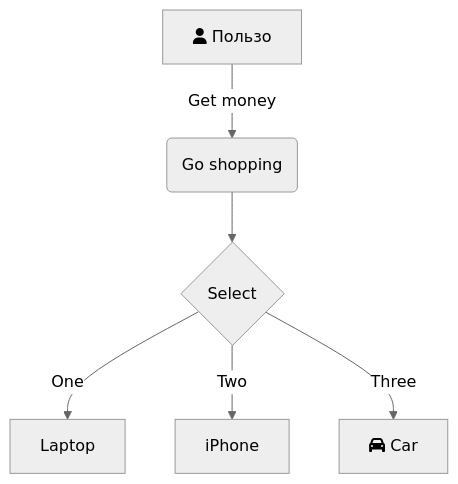
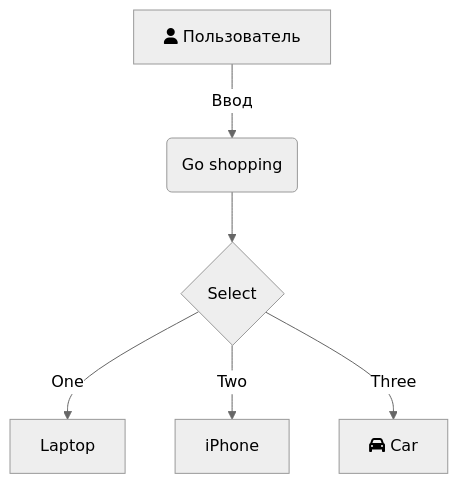
One commit to obsmotpk/iodraw-files changed the diagram in all/не называться.md. Above: the diagram before and after it, drawn with Mermaid (neutral theme).

Commit message:
2024-12-10 19:16:32 update

````diff
--- a/all/не называться.md
+++ b/all/не называться.md
@@ -1,8 +1,8 @@
 ```mermaid
 graph TD
-    A[fa:fa-user Пользо] -->|Get money| B(Go shopping)
+    A[fa:fa-user Пользователь] -->|Ввод| B(Go shopping)
     B --> C{Select}
     C -->|One| D[Laptop]
     C -->|Two| E[iPhone]
     C -->|Three| F[fa:fa-car Car]
 ```
````
